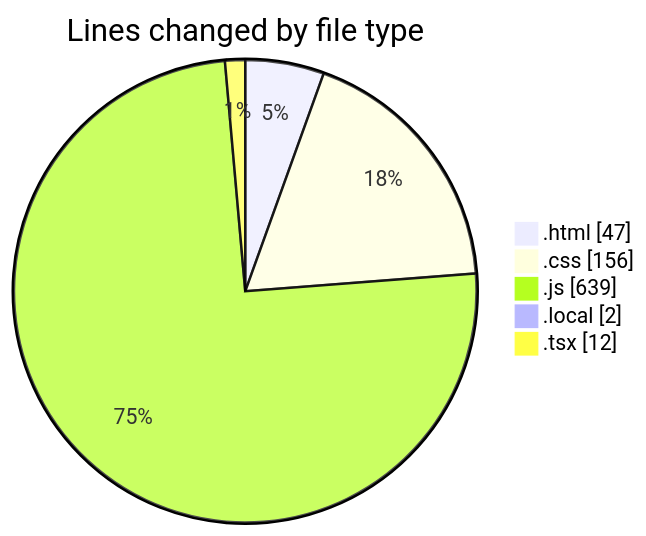
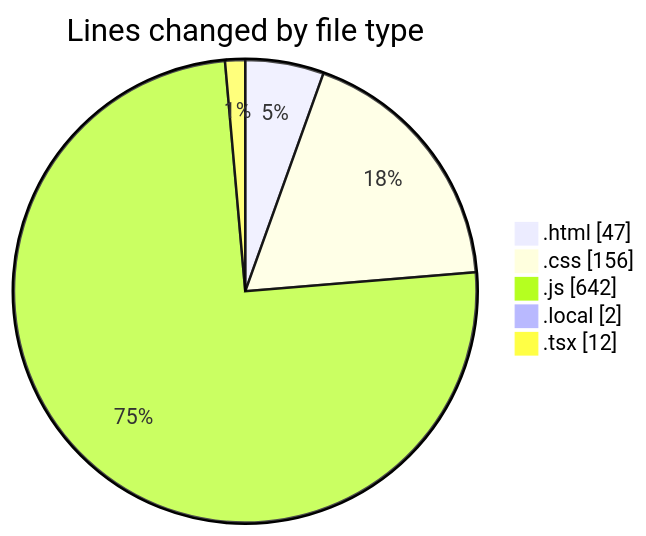
The first of 2 diagrams in 2025-05-03/projects/README.md (Ritupan-Deka/code-tracking), drawn with Mermaid before and after one commit. The commit also changed other lines of this file and 1 other file, not shown here.

````diff
--- a/2025-05-03/projects/README.md
+++ b/2025-05-03/projects/README.md
@@ -31,9 +31,9 @@
 ```mermaid
 pie showData
 title Lines changed by file type
 ".html" : 47
 ".css" : 156
-".js" : 639
+".js" : 642
 ".local" : 2
 ".tsx" : 12
 ```
````
